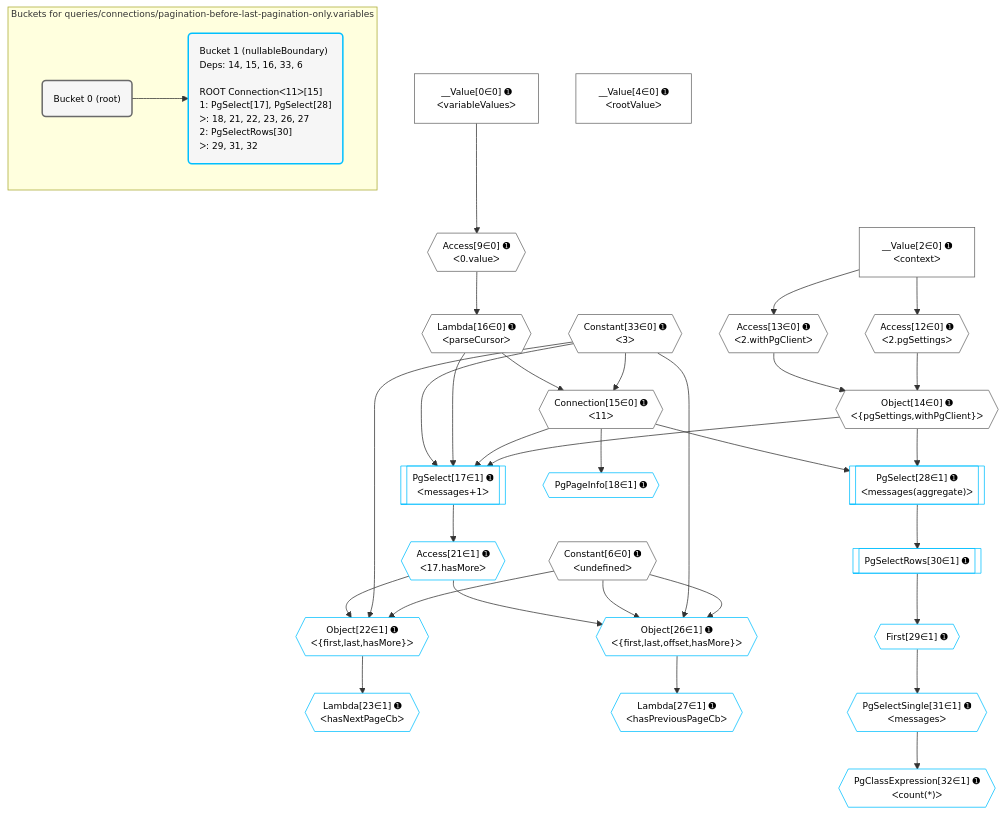
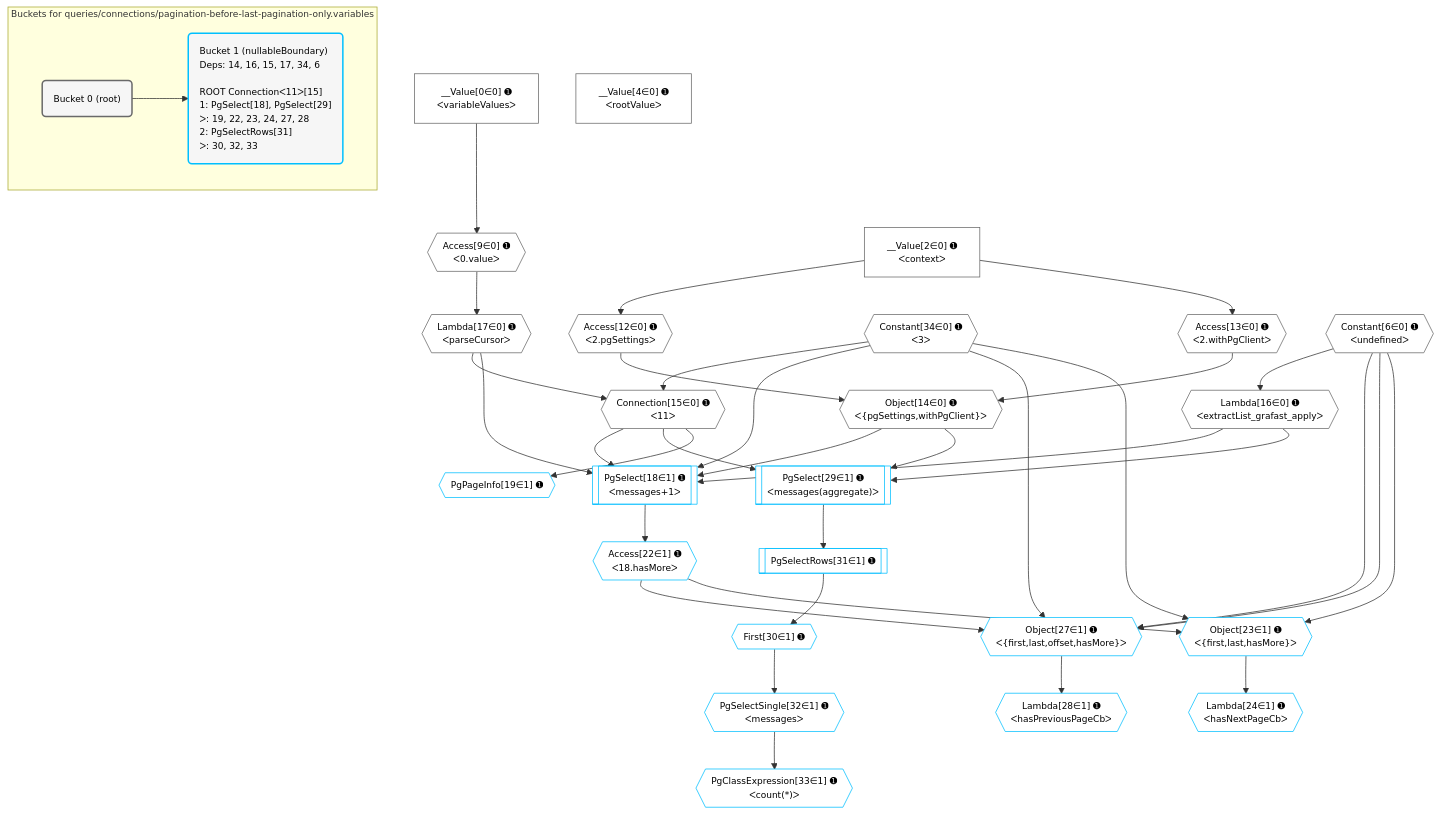
The diagram in grafast/dataplan-pg/__tests__/queries/connections/pagination-before-last-pagination-only.variables.mermaid (graphile/crystal), drawn with Mermaid before and after one commit. The commit also changed 13 other files, not shown here.

```diff
--- a/grafast/dataplan-pg/__tests__/queries/connections/pagination-before-last-pagination-only.variables.mermaid
+++ b/grafast/dataplan-pg/__tests__/queries/connections/pagination-before-last-pagination-only.variables.mermaid
@@ -1,64 +1,66 @@
 %%{init: {'themeVariables': { 'fontSize': '12px'}}}%%
 graph TD
     classDef path fill:#eee,stroke:#000,color:#000
     classDef plan fill:#fff,stroke-width:1px,color:#000
     classDef itemplan fill:#fff,stroke-width:2px,color:#000
     classDef unbatchedplan fill:#dff,stroke-width:1px,color:#000
     classDef sideeffectplan fill:#fcc,stroke-width:2px,color:#000
     classDef bucket fill:#f6f6f6,color:#000,stroke-width:2px,text-align:left
 
 
     %% plan dependencies
     Object14{{"Object[14∈0] ➊<br />ᐸ{pgSettings,withPgClient}ᐳ"}}:::plan
     Access12{{"Access[12∈0] ➊<br />ᐸ2.pgSettingsᐳ"}}:::plan
     Access13{{"Access[13∈0] ➊<br />ᐸ2.withPgClientᐳ"}}:::plan
     Access12 & Access13 --> Object14
     Connection15{{"Connection[15∈0] ➊<br />ᐸ11ᐳ"}}:::plan
-    Constant33{{"Constant[33∈0] ➊<br />ᐸ3ᐳ"}}:::plan
-    Lambda16{{"Lambda[16∈0] ➊<br />ᐸparseCursorᐳ"}}:::plan
-    Constant33 & Lambda16 --> Connection15
+    Constant34{{"Constant[34∈0] ➊<br />ᐸ3ᐳ"}}:::plan
+    Lambda17{{"Lambda[17∈0] ➊<br />ᐸparseCursorᐳ"}}:::plan
+    Constant34 & Lambda17 --> Connection15
     Access9{{"Access[9∈0] ➊<br />ᐸ0.valueᐳ"}}:::plan
     __Value0["__Value[0∈0] ➊<br />ᐸvariableValuesᐳ"]:::plan
     __Value0 --> Access9
     __Value2["__Value[2∈0] ➊<br />ᐸcontextᐳ"]:::plan
     __Value2 --> Access12
     __Value2 --> Access13
-    Access9 --> Lambda16
+    Lambda16{{"Lambda[16∈0] ➊<br />ᐸextractList_grafast_applyᐳ"}}:::plan
+    Constant6{{"Constant[6∈0] ➊<br />ᐸundefinedᐳ"}}:::plan
+    Constant6 --> Lambda16
+    Access9 --> Lambda17
     __Value4["__Value[4∈0] ➊<br />ᐸrootValueᐳ"]:::plan
-    Constant6{{"Constant[6∈0] ➊<br />ᐸundefinedᐳ"}}:::plan
-    PgSelect17[["PgSelect[17∈1] ➊<br />ᐸmessages+1ᐳ"]]:::plan
-    Object14 & Connection15 & Lambda16 & Constant33 --> PgSelect17
-    Object26{{"Object[26∈1] ➊<br />ᐸ{first,last,offset,hasMore}ᐳ"}}:::plan
-    Access21{{"Access[21∈1] ➊<br />ᐸ17.hasMoreᐳ"}}:::plan
-    Constant6 & Constant33 & Constant6 & Access21 --> Object26
-    Object22{{"Object[22∈1] ➊<br />ᐸ{first,last,hasMore}ᐳ"}}:::plan
-    Constant6 & Constant33 & Access21 --> Object22
-    PgSelect28[["PgSelect[28∈1] ➊<br />ᐸmessages(aggregate)ᐳ"]]:::plan
-    Object14 & Connection15 --> PgSelect28
-    PgPageInfo18{{"PgPageInfo[18∈1] ➊"}}:::plan
-    Connection15 --> PgPageInfo18
-    PgSelect17 --> Access21
-    Lambda23{{"Lambda[23∈1] ➊<br />ᐸhasNextPageCbᐳ"}}:::plan
-    Object22 --> Lambda23
-    Lambda27{{"Lambda[27∈1] ➊<br />ᐸhasPreviousPageCbᐳ"}}:::plan
-    Object26 --> Lambda27
-    First29{{"First[29∈1] ➊"}}:::plan
-    PgSelectRows30[["PgSelectRows[30∈1] ➊"]]:::plan
-    PgSelectRows30 --> First29
-    PgSelect28 --> PgSelectRows30
-    PgSelectSingle31{{"PgSelectSingle[31∈1] ➊<br />ᐸmessagesᐳ"}}:::plan
-    First29 --> PgSelectSingle31
-    PgClassExpression32{{"PgClassExpression[32∈1] ➊<br />ᐸcount(*)ᐳ"}}:::plan
-    PgSelectSingle31 --> PgClassExpression32
+    PgSelect18[["PgSelect[18∈1] ➊<br />ᐸmessages+1ᐳ"]]:::plan
+    Object14 & Lambda16 & Connection15 & Lambda17 & Constant34 --> PgSelect18
+    Object27{{"Object[27∈1] ➊<br />ᐸ{first,last,offset,hasMore}ᐳ"}}:::plan
+    Access22{{"Access[22∈1] ➊<br />ᐸ18.hasMoreᐳ"}}:::plan
+    Constant6 & Constant34 & Constant6 & Access22 --> Object27
+    Object23{{"Object[23∈1] ➊<br />ᐸ{first,last,hasMore}ᐳ"}}:::plan
+    Constant6 & Constant34 & Access22 --> Object23
+    PgSelect29[["PgSelect[29∈1] ➊<br />ᐸmessages(aggregate)ᐳ"]]:::plan
+    Object14 & Lambda16 & Connection15 --> PgSelect29
+    PgPageInfo19{{"PgPageInfo[19∈1] ➊"}}:::plan
+    Connection15 --> PgPageInfo19
+    PgSelect18 --> Access22
+    Lambda24{{"Lambda[24∈1] ➊<br />ᐸhasNextPageCbᐳ"}}:::plan
+    Object23 --> Lambda24
+    Lambda28{{"Lambda[28∈1] ➊<br />ᐸhasPreviousPageCbᐳ"}}:::plan
+    Object27 --> Lambda28
+    First30{{"First[30∈1] ➊"}}:::plan
+    PgSelectRows31[["PgSelectRows[31∈1] ➊"]]:::plan
+    PgSelectRows31 --> First30
+    PgSelect29 --> PgSelectRows31
+    PgSelectSingle32{{"PgSelectSingle[32∈1] ➊<br />ᐸmessagesᐳ"}}:::plan
+    First30 --> PgSelectSingle32
+    PgClassExpression33{{"PgClassExpression[33∈1] ➊<br />ᐸcount(*)ᐳ"}}:::plan
+    PgSelectSingle32 --> PgClassExpression33
 
     %% define steps
 
     subgraph "Buckets for queries/connections/pagination-before-last-pagination-only.variables"
     Bucket0("Bucket 0 (root)"):::bucket
     classDef bucket0 stroke:#696969
-    class Bucket0,__Value0,__Value2,__Value4,Constant6,Access9,Access12,Access13,Object14,Connection15,Lambda16,Constant33 bucket0
-    Bucket1("Bucket 1 (nullableBoundary)<br />Deps: 14, 15, 16, 33, 6<br /><br />ROOT Connectionᐸ11ᐳ[15]<br />1: PgSelect[17], PgSelect[28]<br />ᐳ: 18, 21, 22, 23, 26, 27<br />2: PgSelectRows[30]<br />ᐳ: 29, 31, 32"):::bucket
+    class Bucket0,__Value0,__Value2,__Value4,Constant6,Access9,Access12,Access13,Object14,Connection15,Lambda16,Lambda17,Constant34 bucket0
+    Bucket1("Bucket 1 (nullableBoundary)<br />Deps: 14, 16, 15, 17, 34, 6<br /><br />ROOT Connectionᐸ11ᐳ[15]<br />1: PgSelect[18], PgSelect[29]<br />ᐳ: 19, 22, 23, 24, 27, 28<br />2: PgSelectRows[31]<br />ᐳ: 30, 32, 33"):::bucket
     classDef bucket1 stroke:#00bfff
-    class Bucket1,PgSelect17,PgPageInfo18,Access21,Object22,Lambda23,Object26,Lambda27,PgSelect28,First29,PgSelectRows30,PgSelectSingle31,PgClassExpression32 bucket1
+    class Bucket1,PgSelect18,PgPageInfo19,Access22,Object23,Lambda24,Object27,Lambda28,PgSelect29,First30,PgSelectRows31,PgSelectSingle32,PgClassExpression33 bucket1
     Bucket0 --> Bucket1
     end
```
